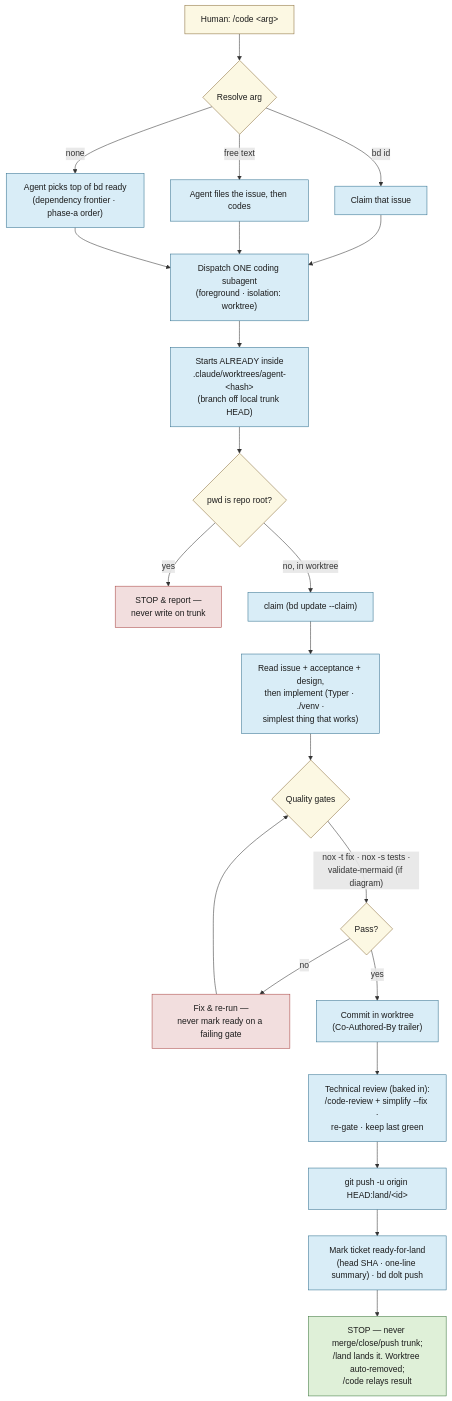
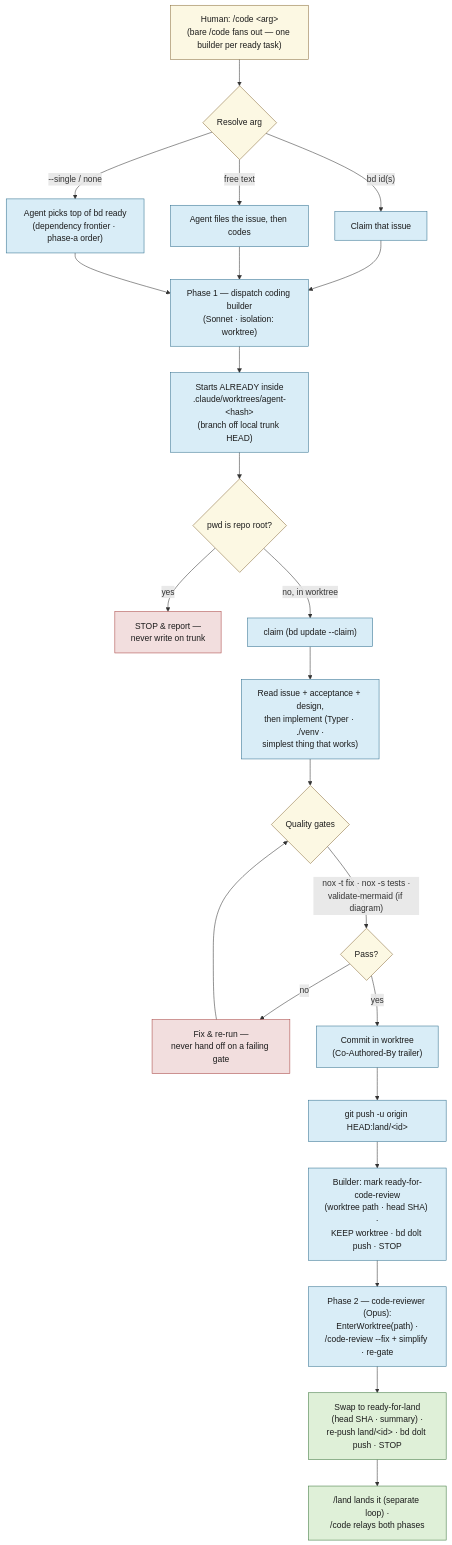
Before and after one commit to bildzeitung/lode: the second of 4 diagrams in docs/agents-workflow.md, drawn with Mermaid. The commit also changed other lines of this file and 4 other files, not shown here.

````diff
--- a/docs/agents-workflow.md
+++ b/docs/agents-workflow.md
@@ -139,39 +151,40 @@
 ```mermaid
 flowchart TD
-    INV["Human: /code &lt;arg&gt;"] --> RES{"Resolve arg"}
-    RES -->|"bd id"| T1["Claim that issue"]
+    INV["Human: /code &lt;arg&gt;<br>(bare /code fans out — one builder per ready task)"] --> RES{"Resolve arg"}
+    RES -->|"bd id(s)"| T1["Claim that issue"]
     RES -->|"free text"| T2["Agent files the issue, then codes"]
-    RES -->|"none"| T3["Agent picks top of bd ready<br>(dependency frontier · phase-a order)"]
+    RES -->|"--single / none"| T3["Agent picks top of bd ready<br>(dependency frontier · phase-a order)"]
 
-    T1 --> DISP["Dispatch ONE coding subagent<br>(foreground · isolation: worktree)"]
+    T1 --> DISP["Phase 1 — dispatch coding builder<br>(Sonnet · isolation: worktree)"]
     T2 --> DISP
     T3 --> DISP
 
     DISP --> WT["Starts ALREADY inside<br>.claude/worktrees/agent-&lt;hash&gt;<br>(branch off local trunk HEAD)"]
     WT --> GUARD{"pwd is repo root?"}
     GUARD -->|"yes"| BAIL["STOP & report —<br>never write on trunk"]
     GUARD -->|"no, in worktree"| CLAIM["claim (bd update --claim)"]
 
     CLAIM --> IMPL["Read issue + acceptance + design,<br>then implement (Typer · ./venv ·<br>simplest thing that works)"]
     IMPL --> GATES{"Quality gates"}
     GATES -->|"nox -t fix · nox -s tests ·<br>validate-mermaid (if diagram)"| GFAIL{"Pass?"}
-    GFAIL -->|"no"| FIX["Fix & re-run —<br>never mark ready on a failing gate"]
+    GFAIL -->|"no"| FIX["Fix & re-run —<br>never hand off on a failing gate"]
     FIX --> GATES
     GFAIL -->|"yes"| COMMIT["Commit in worktree<br>(Co-Authored-By trailer)"]
 
-    COMMIT --> TR["Technical review (baked in):<br>/code-review + simplify --fix ·<br>re-gate · keep last green"]
-    TR --> PUSH["git push -u origin HEAD:land/&lt;id&gt;"]
-    PUSH --> MARK["Mark ticket ready-for-land<br>(head SHA · one-line summary) · bd dolt push"]
-    MARK --> STOP["STOP — never merge/close/push trunk;<br>/land lands it. Worktree auto-removed;<br>/code relays result"]
+    COMMIT --> PUSH["git push -u origin HEAD:land/&lt;id&gt;"]
+    PUSH --> HANDOFF["Builder: mark ready-for-code-review<br>(worktree path · head SHA) ·<br>KEEP worktree · bd dolt push · STOP"]
+    HANDOFF --> REV["Phase 2 — code-reviewer (Opus):<br>EnterWorktree(path) ·<br>/code-review --fix + simplify · re-gate"]
+    REV --> MARKL["Swap to ready-for-land<br>(head SHA · summary) ·<br>re-push land/&lt;id&gt; · bd dolt push · STOP"]
+    MARKL --> DONE["/land lands it (separate loop) ·<br>/code relays both phases"]
 
     classDef start fill:#fcf8e3,stroke:#8a6d3b,color:#1b1b1b;
     classDef work fill:#d9edf7,stroke:#31708f,color:#1b1b1b;
     classDef gate fill:#fcf8e3,stroke:#8a6d3b,color:#1b1b1b;
     classDef bad fill:#f2dede,stroke:#a94442,color:#1b1b1b;
     classDef good fill:#dff0d8,stroke:#3c763d,color:#1b1b1b;
     class INV,RES start;
-    class T1,T2,T3,DISP,WT,CLAIM,IMPL,COMMIT,TR,PUSH,MARK work;
+    class T1,T2,T3,DISP,WT,CLAIM,IMPL,COMMIT,PUSH,HANDOFF,REV work;
     class GATES,GFAIL,GUARD gate;
     class BAIL,FIX bad;
-    class STOP good;
+    class MARKL,DONE good;
 ```
````
